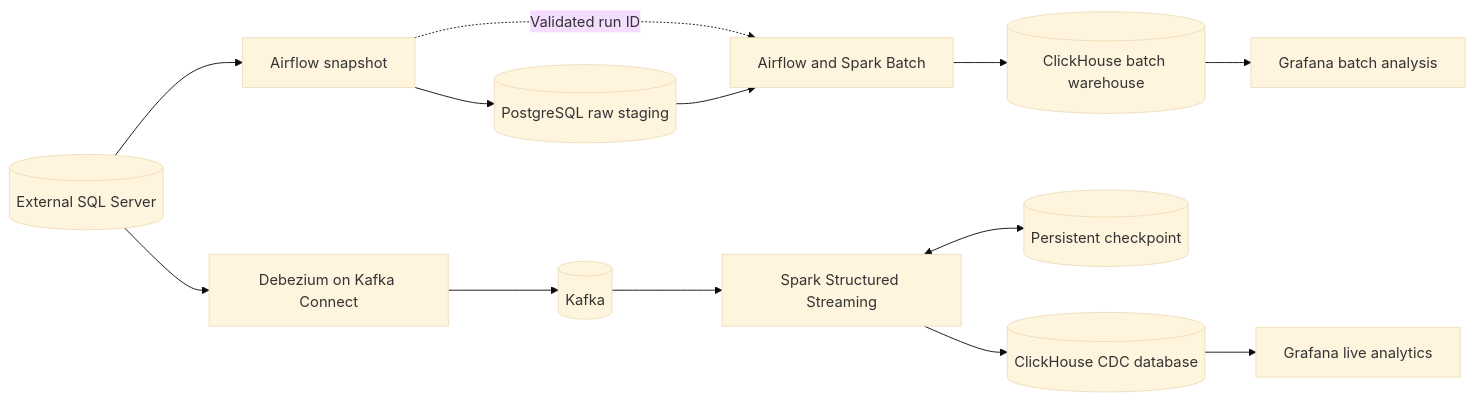
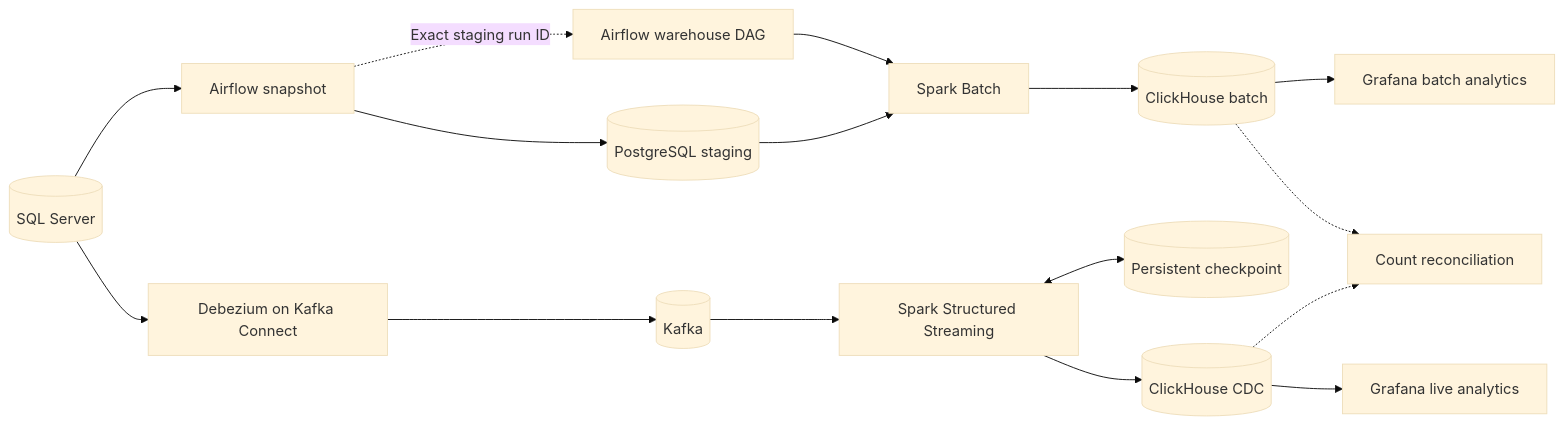
Before and after one commit to pzolfaghari72/students-data-engineering-platform: the diagram in README.md, drawn with Mermaid (base theme). The commit also changed other lines of this file and 102 other files, not shown here.

````diff
--- a/README.md
+++ b/README.md
@@ -5,16 +9,19 @@
 ```mermaid
 flowchart LR
-    SQL[(External SQL Server)]
-    SQL --> A[Airflow snapshot]
-    A --> P[(PostgreSQL raw staging)]
-    A -. Validated run ID .-> B[Airflow and Spark Batch]
-    P --> B
-    B --> W[(ClickHouse batch warehouse)]
-    SQL --> D[Debezium on Kafka Connect]
-    D --> K[(Kafka)]
-    K --> S[Spark Structured Streaming]
-    S <--> C[(Persistent checkpoint)]
-    S --> L[(ClickHouse CDC database)]
-    W --> G[Grafana batch analysis]
-    L --> H[Grafana live analytics]
+    SRC[(SQL Server)]
+    SRC --> EX["Airflow snapshot"]
+    EX --> PG[(PostgreSQL staging)]
+    EX -.->|"Exact staging run ID"| AF["Airflow warehouse DAG"]
+    AF --> SB["Spark Batch"]
+    PG --> SB
+    SB --> WB[(ClickHouse batch)]
+    SRC --> DC["Debezium on Kafka Connect"]
+    DC --> KF[(Kafka)]
+    KF --> SS["Spark Structured Streaming"]
+    SS <--> CP[(Persistent checkpoint)]
+    SS --> CW[(ClickHouse CDC)]
+    WB --> GB["Grafana batch analytics"]
+    CW --> GC["Grafana live analytics"]
+    WB -.-> RC["Count reconciliation"]
+    CW -.-> RC
 ```
````
